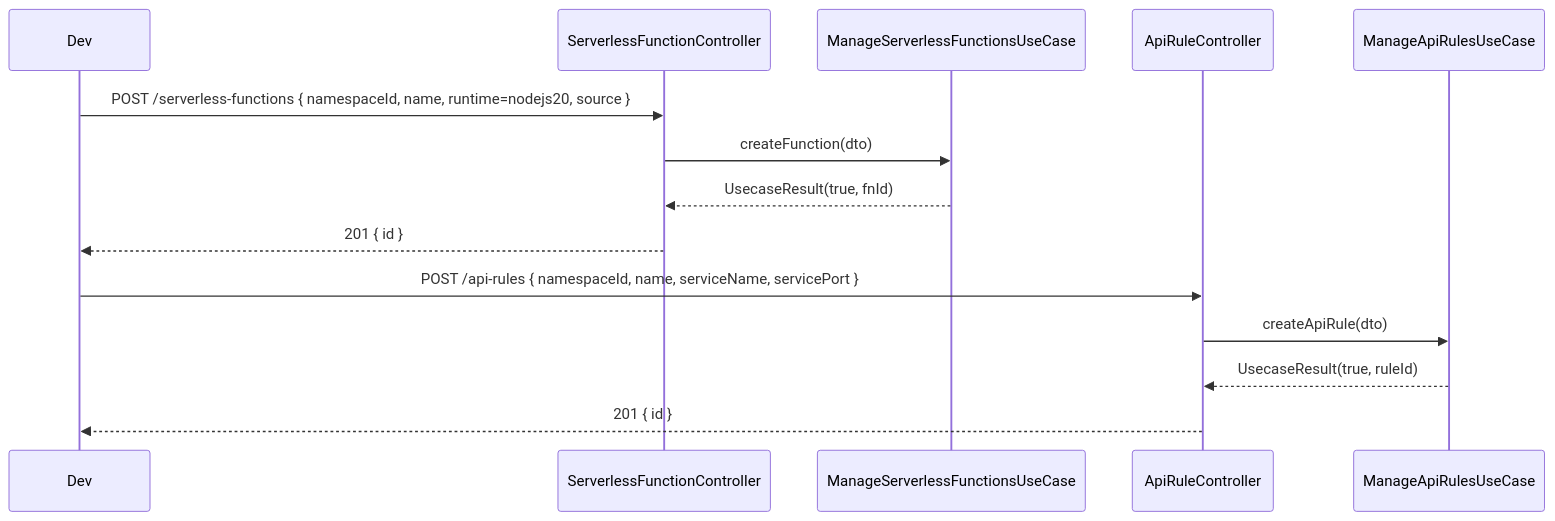
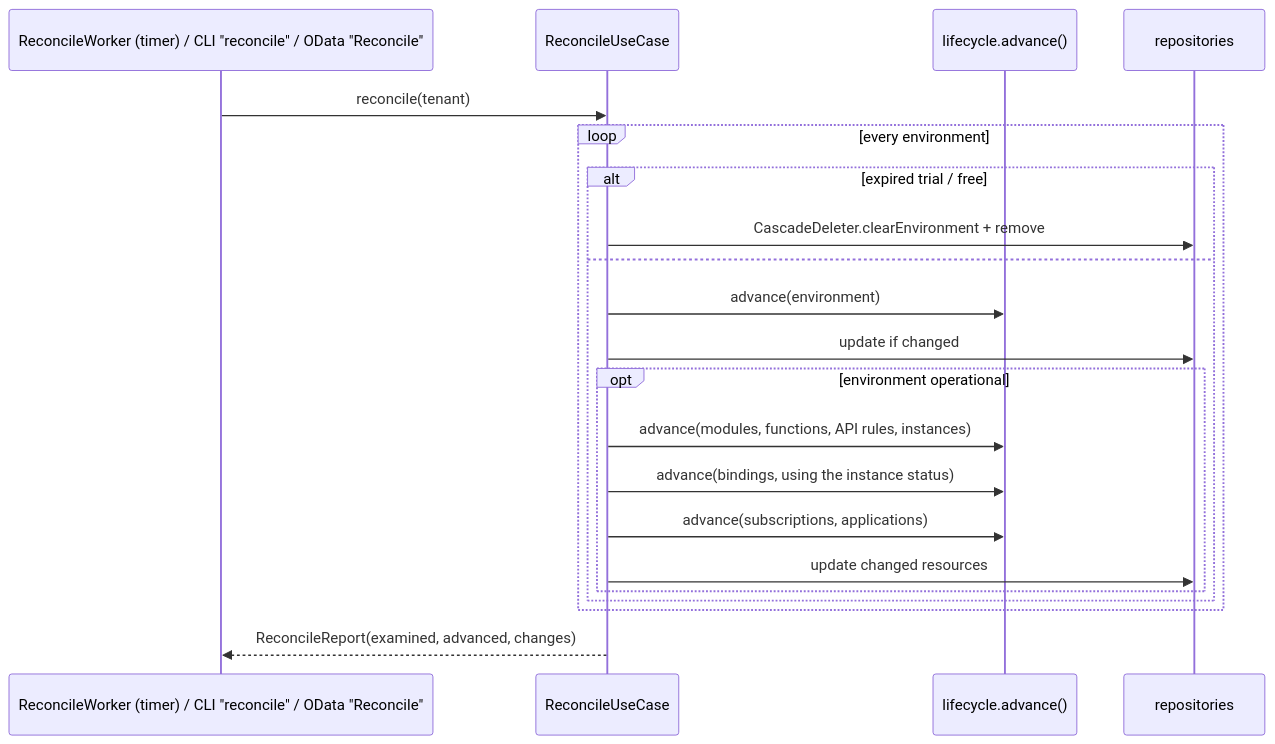
The sixth of 8 diagrams in kyma/UML.md (UIMSolutions/uim-platform), drawn with Mermaid before and after one commit. The commit also changed other lines of this file and 57 other files, not shown here.

````diff
--- a/kyma/UML.md
+++ b/kyma/UML.md
@@ -151,18 +340,24 @@
 ```mermaid
 sequenceDiagram
-    participant Dev
-    participant FnC as ServerlessFunctionController
-    participant FnUC as ManageServerlessFunctionsUseCase
-    participant ARC as ApiRuleController
-    participant ARUC as ManageApiRulesUseCase
+    participant W as ReconcileWorker (timer) / CLI "reconcile" / OData "Reconcile"
+    participant UC as ReconcileUseCase
+    participant L as lifecycle.advance()
+    participant R as repositories
 
-    Dev->>FnC: POST /serverless-functions { namespaceId, name, runtime=nodejs20, source }
-    FnC->>FnUC: createFunction(dto)
-    FnUC-->>FnC: UsecaseResult(true, fnId)
-    FnC-->>Dev: 201 { id }
-
-    Dev->>ARC: POST /api-rules { namespaceId, name, serviceName, servicePort }
-    ARC->>ARUC: createApiRule(dto)
-    ARUC-->>ARC: UsecaseResult(true, ruleId)
-    ARC-->>Dev: 201 { id }
+    W->>UC: reconcile(tenant)
+    loop every environment
+        alt expired trial / free
+            UC->>R: CascadeDeleter.clearEnvironment + remove
+        else
+            UC->>L: advance(environment)
+            UC->>R: update if changed
+            opt environment operational
+                UC->>L: advance(modules, functions, API rules, instances)
+                UC->>L: advance(bindings, using the instance status)
+                UC->>L: advance(subscriptions, applications)
+                UC->>R: update changed resources
+            end
+        end
+    end
+    UC-->>W: ReconcileReport(examined, advanced, changes)
 ```
````
